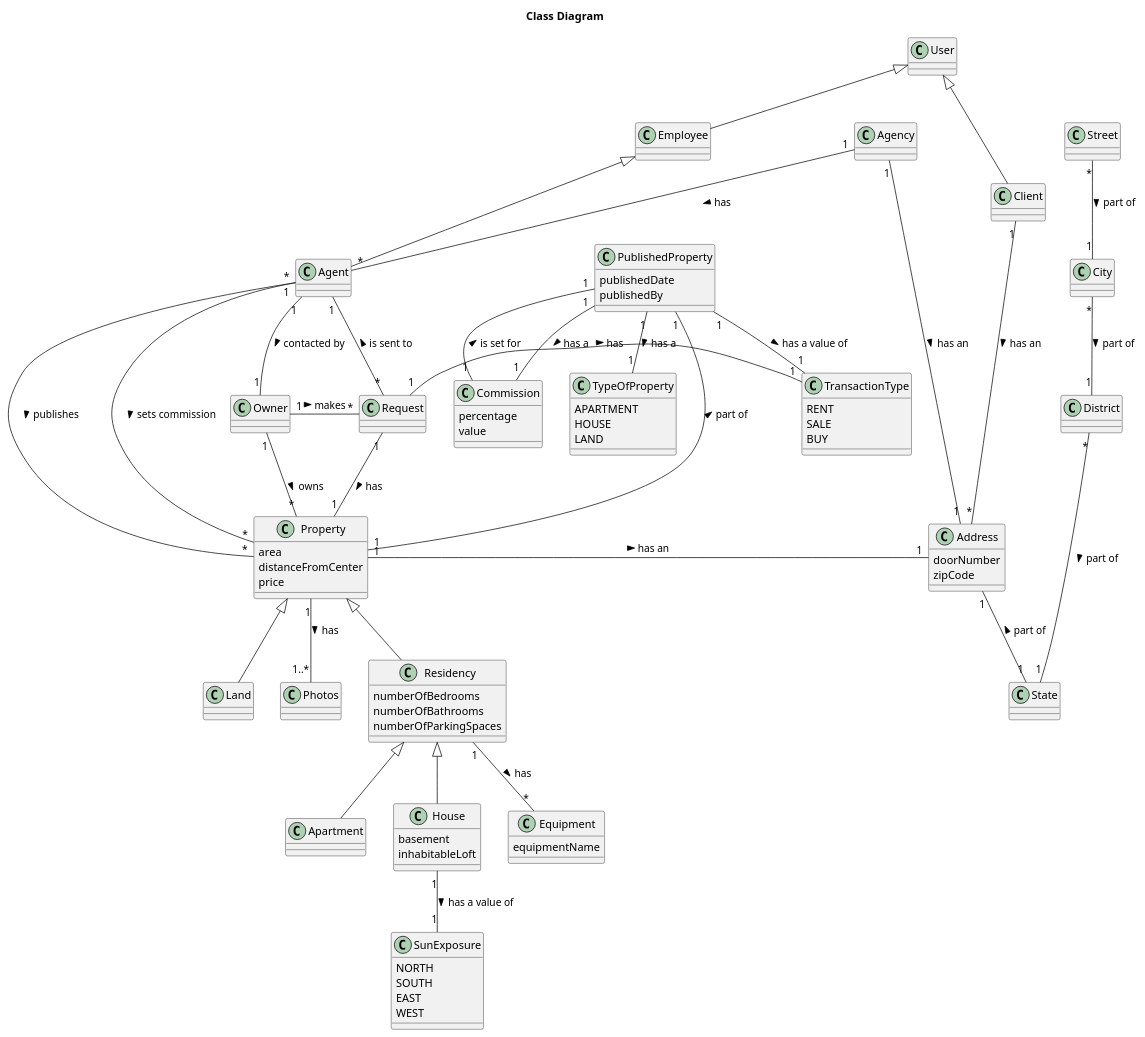
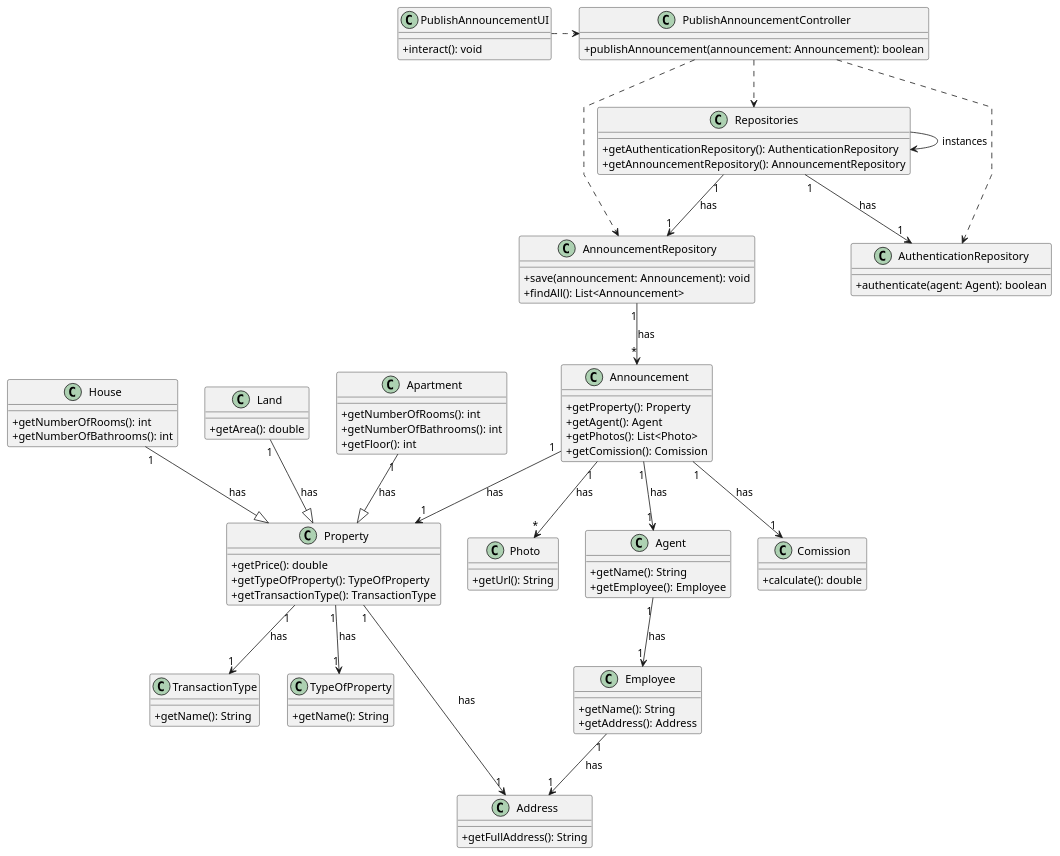
The diagram in docs/sprintB/us002/03.design/puml/us002-class-diagram.puml (Goncalves2525/real-estate-management-system), drawn with PlantUML before and after one commit. The commit also changed other lines of this file and 54 other files, not shown here.

Commit message:
Ran svg script; deleted unneeded files; added PublishAnnouncementUI

```diff
--- a/docs/sprintB/us002/03.design/puml/us002-class-diagram.puml
+++ b/docs/sprintB/us002/03.design/puml/us002-class-diagram.puml
@@ -132,127 +1,187 @@
 @startuml
-skinparam monochrome false
+'skinparam monochrome true
 skinparam packageStyle rectangle
 skinparam shadowing false
+skinparam linetype polyline
+'skinparam linetype orto
+
+
+
 skinparam classAttributeIconSize 0
 
-title Class Diagram
 
-class Client extends User{
+
+class Address {
+ +getFullAddress(): String
 }
 
-class Owner{
+
+
+class Property {
+ +getPrice(): double
+ +getTypeOfProperty(): TypeOfProperty
+ +getTransactionType(): TransactionType
 }
 
-class Employee extends User{
+
+
+class Agent {
+ +getName(): String
+ +getEmployee(): Employee
 }
 
-class Agent extends Employee{
+
+
+class Employee {
+ +getName(): String
+ +getAddress(): Address
 }
 
-class Property{
-    area
-    distanceFromCenter
-    price
+
+
+class House {
+ +getNumberOfRooms(): int
+ +getNumberOfBathrooms(): int
 }
 
-class Photos {
+
+
+class Land {
+ +getArea(): double
 }
 
-class Address{
-    doorNumber
-    zipCode
+
+
+class Apartment {
+ +getNumberOfRooms(): int
+ +getNumberOfBathrooms(): int
+ +getFloor(): int
 }
 
-class Street{
+
+
+class Comission {
+ +calculate(): double
 }
 
-class City{
+
+
+class TransactionType {
+ +getName(): String
 }
 
-class District{
+
+
+class TypeOfProperty {
+ +getName(): String
 }
 
-class State{
+
+
+class Photo {
+ +getUrl(): String
 }
 
-class Apartment extends Residency{
+
+
+class Announcement {
+ +getProperty(): Property
+ +getAgent(): Agent
+ +getPhotos(): List<Photo>
+ +getComission(): Comission
 }
 
-class House extends Residency{
-    basement
-    inhabitableLoft
+
+
+class AnnouncementRepository {
+ +save(announcement: Announcement): void
+ +findAll(): List<Announcement>
 }
 
-class Residency extends Property{
-    numberOfBedrooms
-    numberOfBathrooms
-    numberOfParkingSpaces
+
+
+class AuthenticationRepository{
+ +authenticate(agent: Agent): boolean
 }
 
-class PublishedProperty{
-    publishedDate
-    publishedBy
+
+
+class Repositories {
+ +getAuthenticationRepository(): AuthenticationRepository
+ +getAnnouncementRepository(): AnnouncementRepository
 }
 
-class Commission{
-    percentage
-    value
+
+
+class PublishAnnouncementController {
+ +publishAnnouncement(announcement: Announcement): boolean
 }
 
-class TypeOfProperty{
-    APARTMENT
-    HOUSE
-    LAND
+
+
+class PublishAnnouncementUI {
+ +interact(): void
 }
 
-class Land extends Property{
-}
 
-class Equipment{
-    equipmentName
-}
 
-class SunExposure{
-    NORTH
-    SOUTH
-    EAST
-    WEST
-}
+Repositories -> Repositories : instances
 
-class TransactionType{
-    RENT
-    SALE
-    BUY
-}
 
-class Request{
-}
 
-class User{
-}
+PublishAnnouncementUI .> PublishAnnouncementController
 
-PublishedProperty "1" -- "1" TypeOfProperty: has a >
-Agency "1" -- "*" Agent: has >
-Agent "1" -- "1" Owner : contacted by >
-Agent "*" - "*" Property: publishes >
-Agent "1" - "*" Property: sets commission >
-Owner "1" -- "*" Property: owns >
-Owner "1" - "*" Request: makes >
-Request "*" -- "1" Agent: is sent to >
-Request "1" - "1" Property: has >
-Request "1" - "1" TransactionType: has >
-Address "1" -- "1" State : part of <
-City "*" -- "1" District : part of >
-Street "*" -- "1" City : part of >
-District "*" --- "1" State : part of >
-Client "1" -- "*" Address: has an >
-Property "1" -- "1..*" Photos: has >
-PublishedProperty "1" -- "1" Commission: is set for <
-Residency "1" -- "*" Equipment: has >
-PublishedProperty "1" -- "1" Property: part of <
-Property "1" - "1" Address: has an >
-PublishedProperty "1" -- "1" Commission : has a >
-House "1" -- "1" SunExposure: has a value of >
-PublishedProperty "1" -- "1" TransactionType: has a value of >
-Agency "1" -- "1" Address: has an >
+
+
+PublishAnnouncementController ..> Repositories
+
+
+
+Repositories "1" --> "1" AuthenticationRepository : has
+Repositories "1" --> "1" AnnouncementRepository : has
+
+
+
+PublishAnnouncementController ..> AnnouncementRepository
+PublishAnnouncementController ..> AuthenticationRepository
+
+
+
+AnnouncementRepository "1" --> "*" Announcement : has
+
+
+
+Announcement "1" --> "1" Property : has
+Announcement "1" --> "1" Comission : has
+Announcement "1" --> "1" Agent : has
+Announcement "1" --> "*" Photo : has
+
+
+
+Property "1" --> "1" Address : has
+Property "1" --> "1" TransactionType : has
+Property "1" --> "1" TypeOfProperty : has
+
+
+
+Employee "1" --> "1" Address : has
+
+
+
+Agent "1" --> "1" Employee : has
+
+
+
+House "1" --|> Property : has
+
+
+
+Land "1" --|> Property : has
+
+
+
+Apartment "1" --|> Property : has
+
+
+
 @enduml
```
